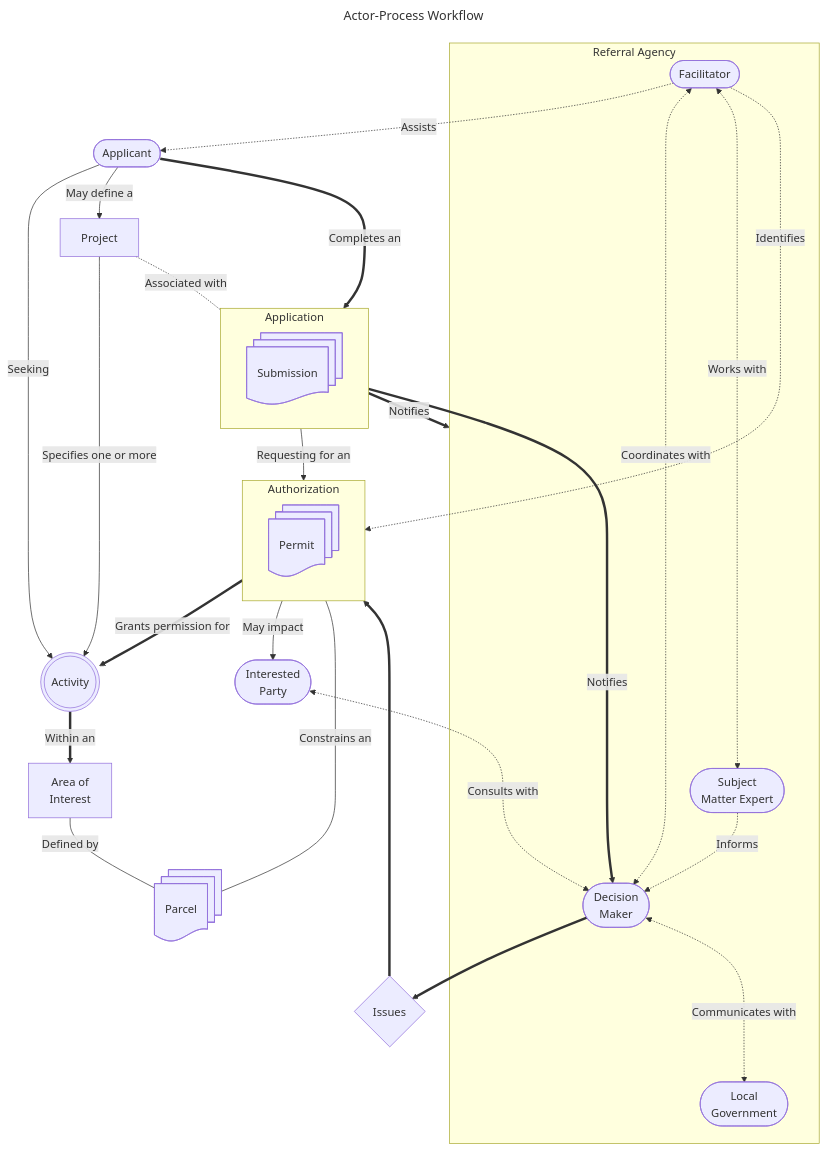
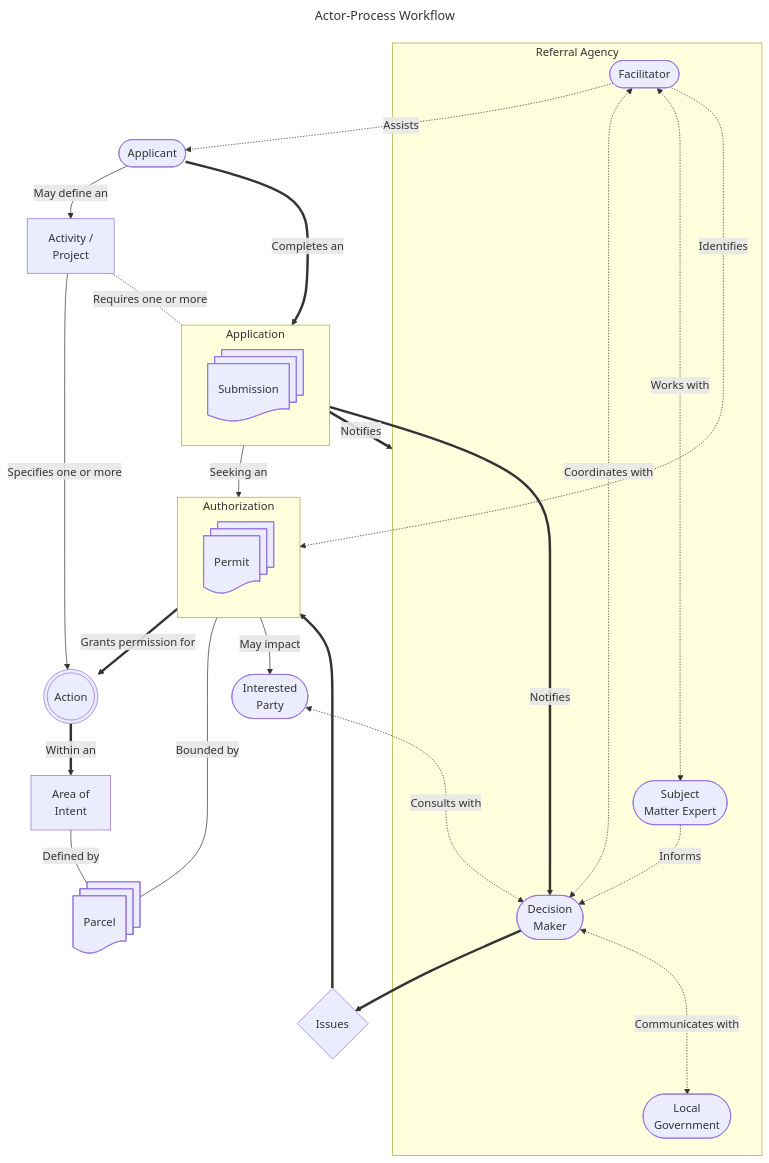
One commit to bcgov/nr-pies changed the first of 2 diagrams in docs/intro/terminology.md. Above: the diagram before and after it, drawn with Mermaid. The commit also changed other lines of this file, not shown here.

Commit message:
Introduce Action as a terminology concept and update graph
In order to allow for one to many relationships for both activities and
projects, we introduce the concept of an Action to support the singleton
result that is granted by an authorization.

````diff
--- a/docs/intro/terminology.md
+++ b/docs/intro/terminology.md
@@ -63,59 +64,59 @@
 ```mermaid
 ---
 title: Actor-Process Workflow
 ---
 %% v11 broke and made all links have arrow heads
 %% Ref: https://github.com/mermaid-js/mermaid/issues/5813
 flowchart TB
-  Activity@{ shape: dbl-circ }
+  Action@{ shape: dbl-circ }
+  AOI@{ shape: rect, label: "Area of
+    Intent" }
+  AP@{ label: "Activity /\nProject"}
   Applicant@{ shape: stadium }
-  AOI@{ shape: rect, label: "Area of
-    Interest" }
   DM@{ shape: stadium, label: "Decision
     Maker" }
   Facilitator@{ shape: stadium }
   IP@{ shape: stadium, label: "Interested
     Party" }
   Issues@{ shape: diamond }
   LG@{ shape: stadium, label: "Local
     Government" }
   Parcel@{ shape: docs }
   Permit@{ shape: docs }
   SME@{ shape: stadium, label: "Subject
     Matter Expert" }
   Submission@{ shape: docs }
 
-  Activity ==>|Within an| AOI
+  Action ==>|Within an| AOI
   AOI ---|Defined by| Parcel
-  Applicant -->|Seeking| Activity
-  Applicant -->|May define a| Project
+  AP -->|Specifies one or more| Action
+  AP -.-|Requires one or more| Application
+  Applicant -->|May define an| AP
   Applicant ==>|Completes an| Application
-  Application -->|Requesting for an| Authorization
+  Application -->|Seeking an| Authorization
   Application ==>|Notifies| RA & DM
-  Authorization ==>|Grants permission for| Activity
+  Authorization ==>|Grants permission for| Action
+  Authorization ---|Bounded by| Parcel
   Authorization -->|May impact| IP
   DM ==> Issues ==> Authorization
   DM <-..->|Communicates with| LG
   Facilitator -.->|Identifies| Authorization
   Facilitator -.->|Assists| Applicant
   Facilitator <-.->|Coordinates with| DM
   Facilitator <-.->|Works with| SME
   IP <-..->|Consults with| DM
-  Parcel ---|Constrains an| Authorization
-  Project -->|Specifies one or more| Activity
-  Project -.-|Associated with| Application
   SME -.->|Informs| DM
 
   subgraph Application
     Submission
   end
   subgraph Authorization
     Permit
   end
   subgraph RA[Referral Agency]
     DM
     Facilitator
     LG
     SME
   end
 ```
````
